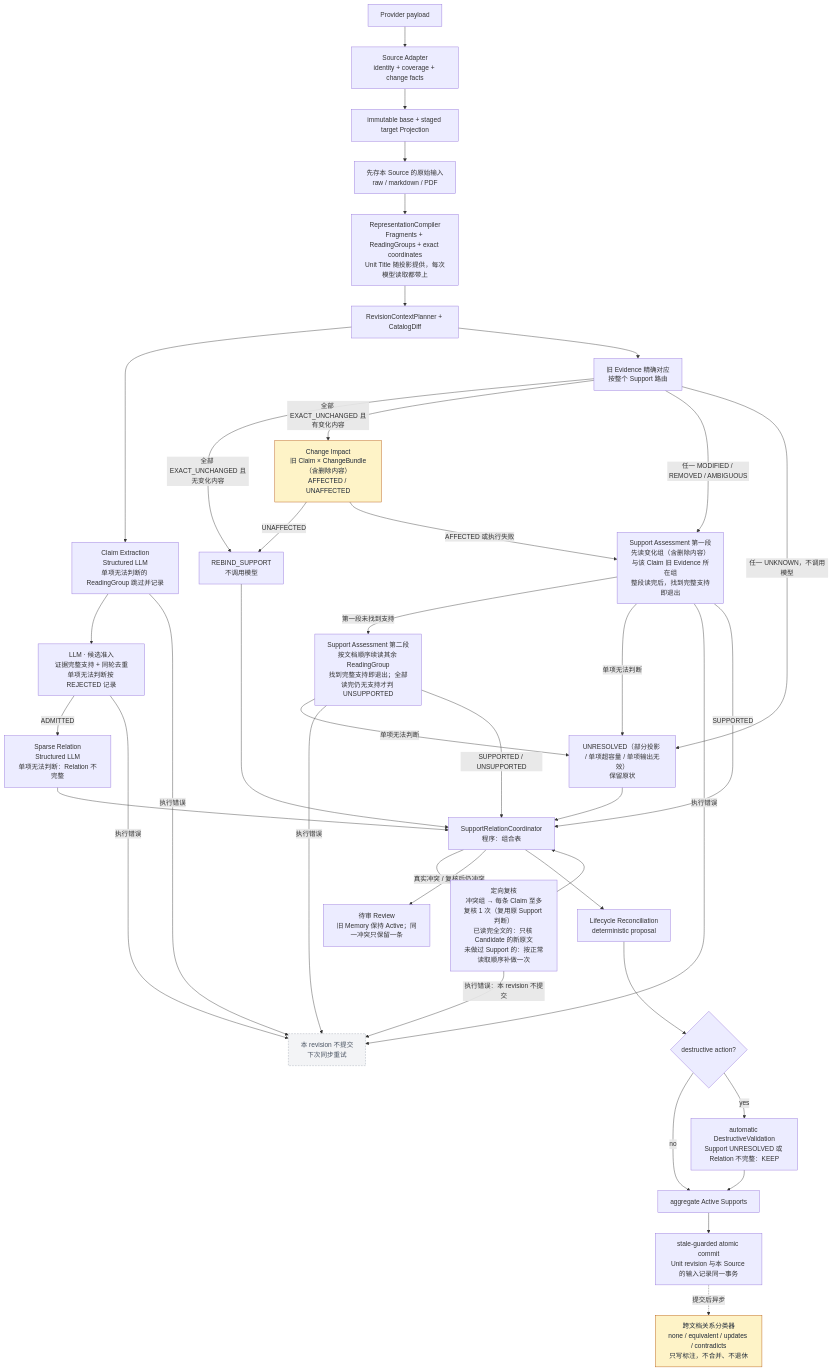
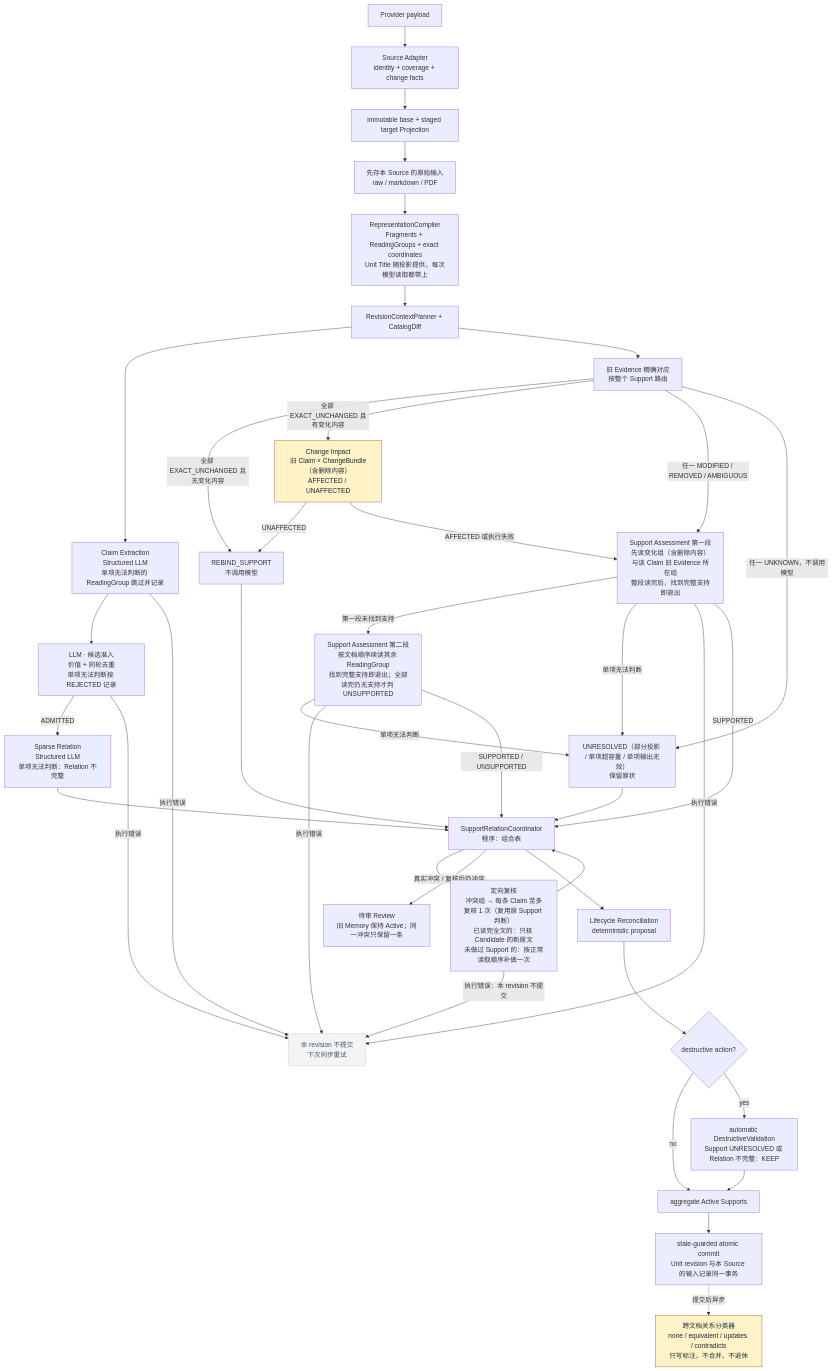
Before and after one commit to shno-labs/mem-forge: the first of 2 diagrams in docs/design/source-sync-to-memory.md, drawn with Mermaid. The commit also changed other lines of this file and 24 other files, not shown here.

````diff
--- a/docs/design/source-sync-to-memory.md
+++ b/docs/design/source-sync-to-memory.md
@@ -31,76 +33,76 @@
 ```mermaid
 flowchart TD
     A[Provider payload] --> B[Source Adapter
 identity + coverage + change facts]
     B --> C[immutable base + staged target Projection]
     C --> SI[先存本 Source 的原始输入
 raw / markdown / PDF]
     SI --> R[RepresentationCompiler
 Fragments + ReadingGroups + exact coordinates
 Unit Title 随投影提供，每次模型读取都带上]
     R --> D[RevisionContextPlanner + CatalogDiff]
     D --> E[Claim Extraction
 Structured LLM
 单项无法判断的 ReadingGroup 跳过并记录]
     E --> G[LLM · 候选准入
-证据完整支持 + 同轮去重
+价值 + 同轮去重
 单项无法判断按 REJECTED 记录]
     G -->|ADMITTED| H[Sparse Relation
 Structured LLM
 单项无法判断：Relation 不完整]
     D --> P[旧 Evidence 精确对应
 按整个 Support 路由]
     P -->|全部 EXACT_UNCHANGED 且无变化内容| RB[REBIND_SUPPORT
 不调用模型]
     P -->|全部 EXACT_UNCHANGED 且有变化内容| Y[Change Impact
 旧 Claim × ChangeBundle（含删除内容）
 AFFECTED / UNAFFECTED]
     Y -->|UNAFFECTED| RB
     Y -->|AFFECTED 或执行失败| F1[Support Assessment 第一段
 先读变化组（含删除内容）与该 Claim 旧 Evidence 所在组
 整段读完后，找到完整支持即退出]
     P -->|任一 MODIFIED / REMOVED / AMBIGUOUS| F1
     F1 -->|第一段未找到支持| F2[Support Assessment 第二段
 按文档顺序续读其余 ReadingGroup
 找到完整支持即退出；全部读完仍无支持才判 UNSUPPORTED]
     P -->|任一 UNKNOWN，不调用模型| U[UNRESOLVED（部分投影 / 单项超容量 / 单项输出无效）
 保留原状]
     F1 -->|单项无法判断| U
     F2 -->|单项无法判断| U
     F1 -->|执行错误| XF[本 revision 不提交
 下次同步重试]
     F2 -->|执行错误| XF
     E -->|执行错误| XF
     G -->|执行错误| XF
     RB --> CO[SupportRelationCoordinator
 程序：组合表]
     F1 -->|SUPPORTED| CO
     F2 -->|SUPPORTED / UNSUPPORTED| CO
     U --> CO
     H --> CO
     CO --> RC[定向复核
 冲突组 → 每条 Claim 至多复核 1 次（复用原 Support 判断）
 已读完全文的：只核 Candidate 的新原文
 未做过 Support 的：按正常读取顺序补做一次]
     RC --> CO
     RC -->|执行错误：本 revision 不提交| XF
     CO -->|真实冲突 / 复核后仍冲突| RV[待审 Review
 旧 Memory 保持 Active；同一冲突只保留一条]
     CO --> I[Lifecycle Reconciliation
 deterministic proposal]
     I --> J{destructive action?}
     J -- no --> L[aggregate Active Supports]
     J -- yes --> K[automatic DestructiveValidation
 Support UNRESOLVED 或 Relation 不完整：KEEP]
     K --> L
     L --> M[stale-guarded atomic commit
 Unit revision 与本 Source 的输入记录同一事务]
     M -.->|提交后异步| XD[跨文档关系分类器
 none / equivalent / updates / contradicts
 只写标注，不合并、不退休]
     classDef decision fill:#fef3c7,stroke:#b45309,color:#1f2937
     class Y decision
     classDef failnote fill:#f3f4f6,stroke:#9ca3af,stroke-dasharray:4 3,color:#4b5563
     class XF failnote
     class XD decision
 ```
````
